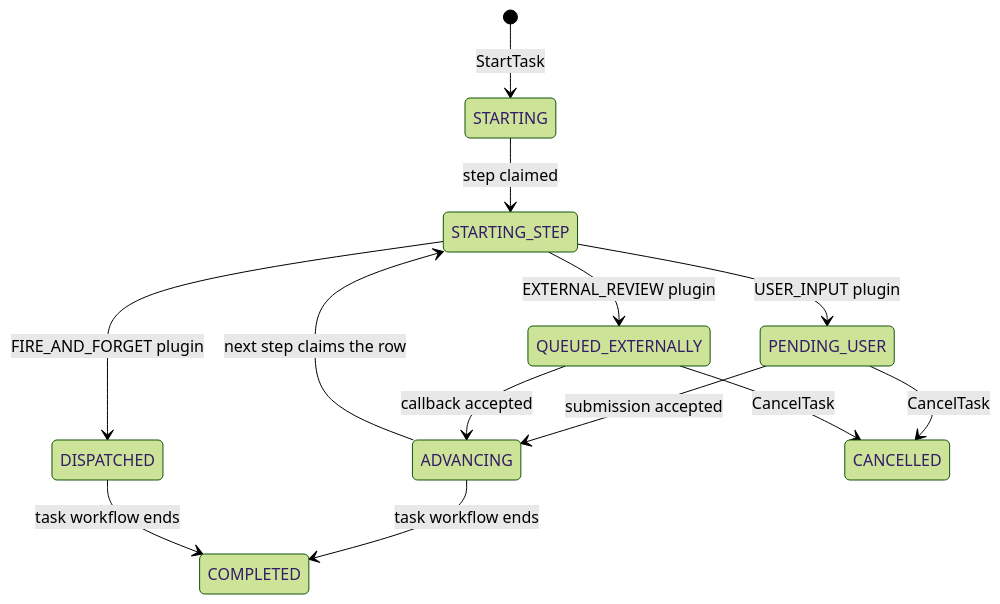
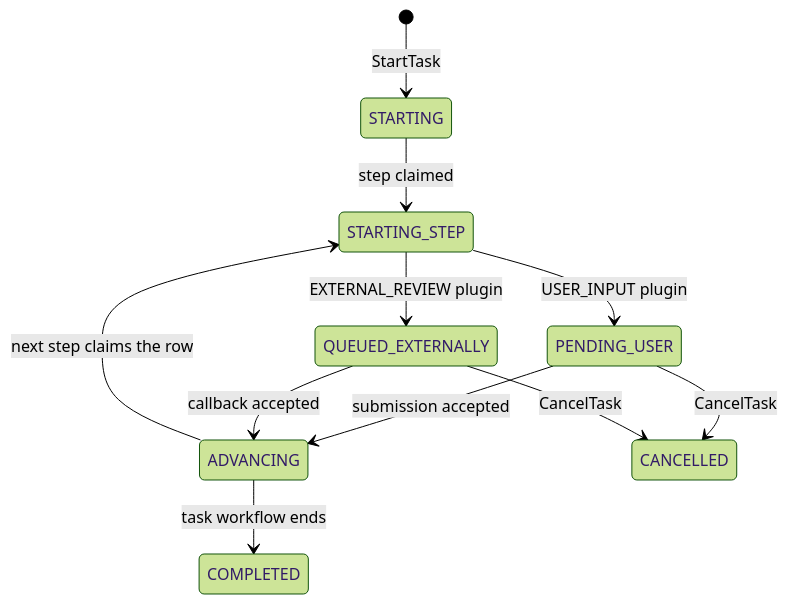
Before and after one commit to OpenNSW/core: the first of 2 diagrams in taskflow/docs/architecture.md, drawn with Mermaid (forest theme). The commit also changed other lines of this file and 9 other files, not shown here.

````diff
--- a/taskflow/docs/architecture.md
+++ b/taskflow/docs/architecture.md
@@ -197,15 +196,13 @@
 ```mermaid
 stateDiagram-v2
     [*] --> STARTING : StartTask
     STARTING --> STARTING_STEP : step claimed
     STARTING_STEP --> PENDING_USER : USER_INPUT plugin
-    STARTING_STEP --> DISPATCHED : FIRE_AND_FORGET plugin
     STARTING_STEP --> QUEUED_EXTERNALLY : EXTERNAL_REVIEW plugin
     PENDING_USER --> ADVANCING : submission accepted
     QUEUED_EXTERNALLY --> ADVANCING : callback accepted
     ADVANCING --> STARTING_STEP : next step claims the row
     ADVANCING --> COMPLETED : task workflow ends
-    DISPATCHED --> COMPLETED : task workflow ends
     PENDING_USER --> CANCELLED : CancelTask
     QUEUED_EXTERNALLY --> CANCELLED : CancelTask
 ```
````
